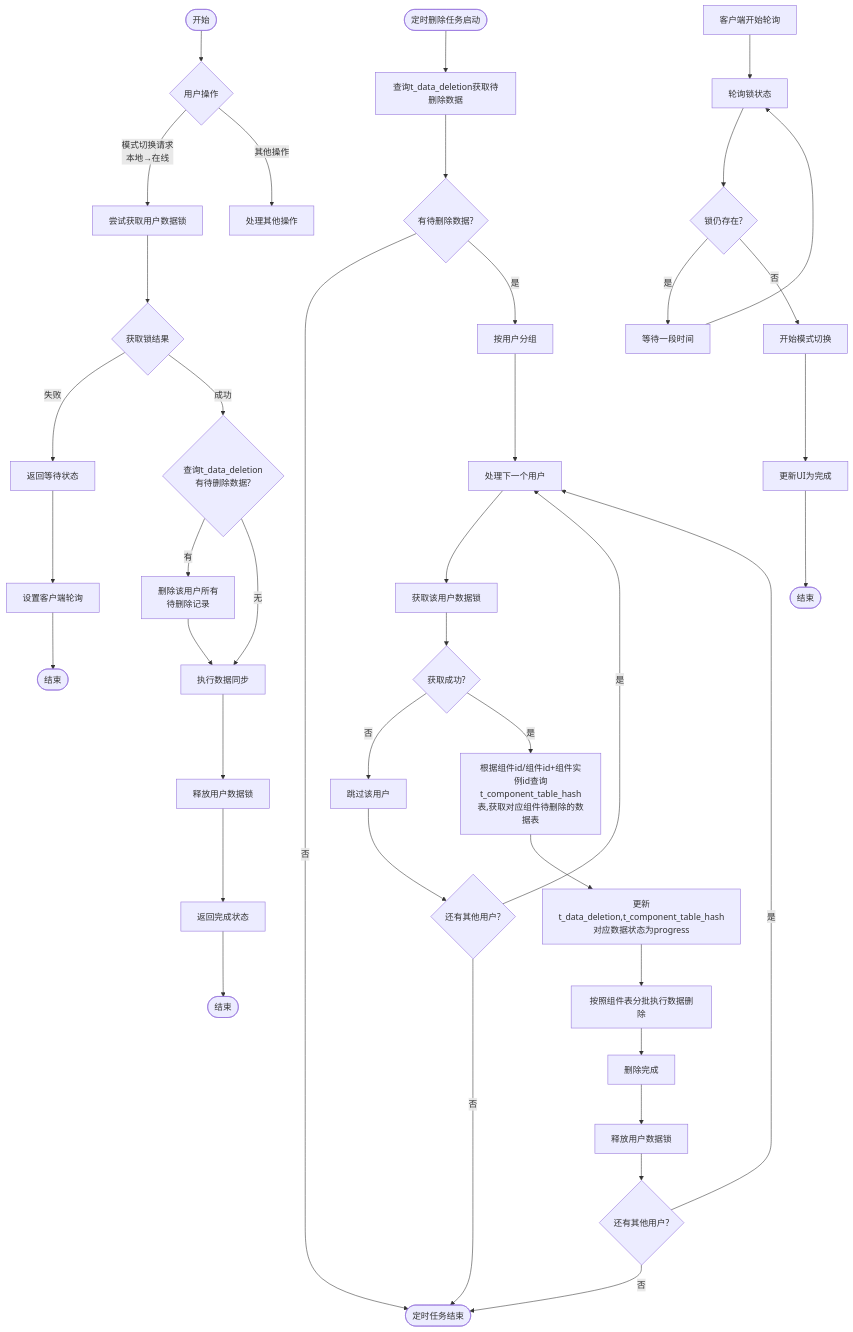
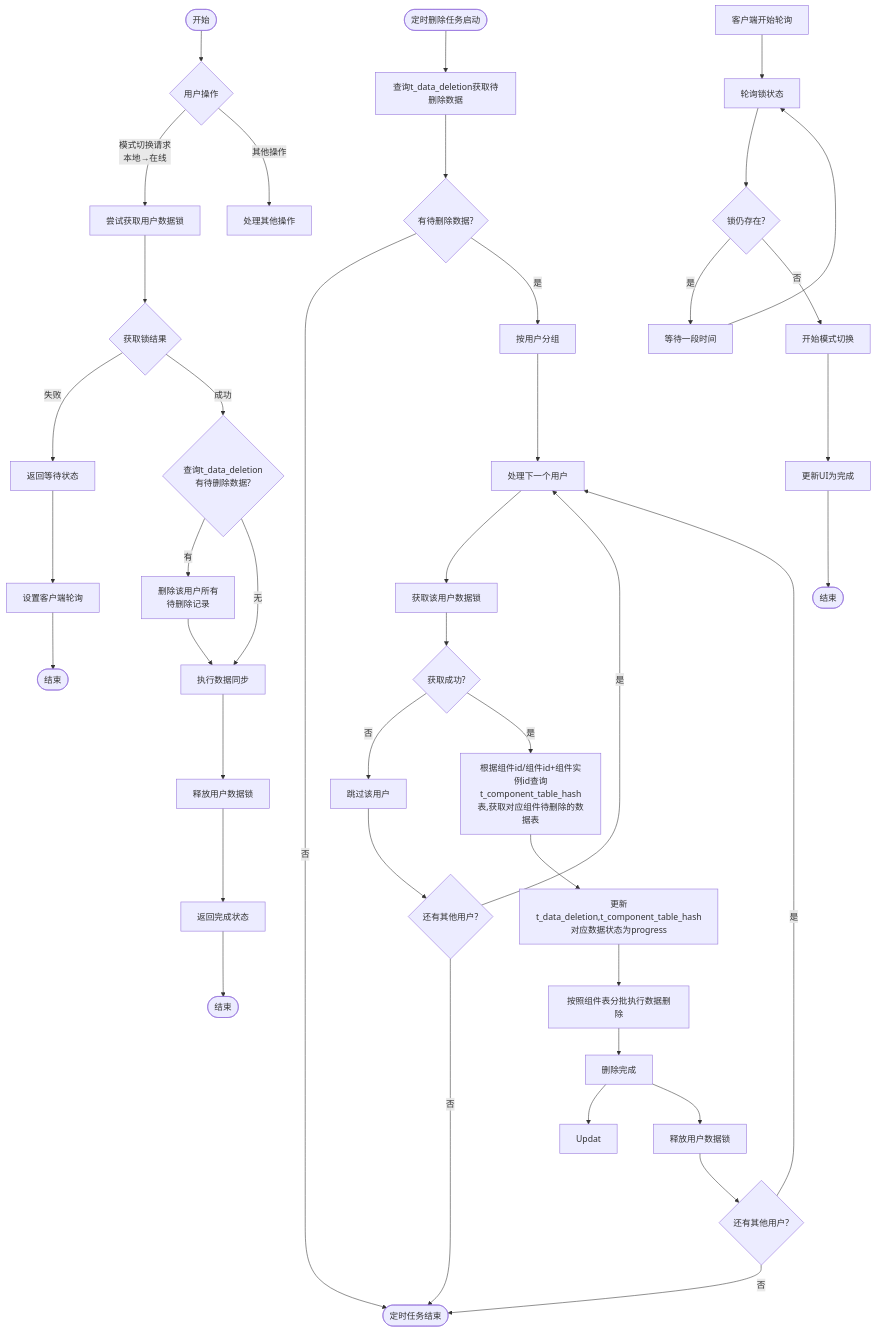
Before and after one commit to yingjianzh/iodraw-files: the diagram in all/未命名-57.md, drawn with Mermaid.

Commit message:
2025-05-12 11:25:00 update

````diff
--- a/all/未命名-57.md
+++ b/all/未命名-57.md
@@ -1,63 +1,63 @@
 ```mermaid
 flowchart TD
     %% 主要分支
     Start([开始]) --> UserAction{用户操作}
     UserAction -->|模式切换请求\n本地→在线| TryLock[尝试获取用户数据锁]
     UserAction -->|其他操作| OtherOps[处理其他操作]
     
     %% 定时删除任务分支
     ScheduledTask([定时删除任务启动]) --> QueryDeletions[查询t_data_deletion获取待删除数据]
     QueryDeletions --> HasTasks{有待删除数据?}
     HasTasks -->|否| TaskEnd([定时任务结束])
     HasTasks -->|是| GroupByUser[按用户分组]
     
     %% 处理用户数据删除
     GroupByUser --> ProcessNextUser[处理下一个用户]
     ProcessNextUser --> AcquireLock[获取该用户数据锁]
     AcquireLock --> LockSuccess{获取成功?}
     
     LockSuccess -->|否| SkipUser[跳过该用户]
     SkipUser --> MoreUsers1{还有其他用户?}
     MoreUsers1 -->|是| ProcessNextUser
     MoreUsers1 -->|否| TaskEnd
     
     LockSuccess -->|是| GetData[根据组件id/组件id+组件实例id查询t_component_table_hash表,获取对应组件待删除的数据表]
     
     GetData --> UpdateData[更新t_data_deletion,t_component_table_hash对应数据状态为progress]
     UpdateData --> DeleteData[按照组件表分批执行数据删除]
     DeleteData --> DeleteCompleted[删除完成]
-    DeleteCompleted 
+    DeleteCompleted --> Updat
     DeleteCompleted --> ReleaseLock[释放用户数据锁]
     ReleaseLock --> MoreUsers2{还有其他用户?}
     MoreUsers2 -->|是| ProcessNextUser
     MoreUsers2 -->|否| TaskEnd
     
     %% 模式切换流程
     TryLock --> LockResult{获取锁结果}
     
     LockResult -->|失败| ReturnWaiting[返回等待状态]
     ReturnWaiting --> SetupPolling[设置客户端轮询]
     SetupPolling --> End1([结束])
     
     LockResult -->|成功| CheckPendingDeletion{查询t_data_deletion\n有待删除数据?}
     
     CheckPendingDeletion -->|有| RemoveDeletionRecords[删除该用户所有\n待删除记录]
     RemoveDeletionRecords --> PerformSync[执行数据同步]
     
     CheckPendingDeletion -->|无| PerformSync
     
     PerformSync --> ReleaseSwitchLock[释放用户数据锁]
     ReleaseSwitchLock --> ReturnComplete[返回完成状态]
     ReturnComplete --> End2([结束])
     
     %% 客户端轮询
     ClientPolling[客户端开始轮询] --> PollLockStatus[轮询锁状态]
     PollLockStatus --> StillLocked{锁仍存在?}
     
     StillLocked -->|是| WaitInterval[等待一段时间]
     WaitInterval --> PollLockStatus
     
     StillLocked -->|否| StartSwitch[开始模式切换]
     StartSwitch --> CompleteUI[更新UI为完成]
     CompleteUI --> End3([结束])
 ```
````
